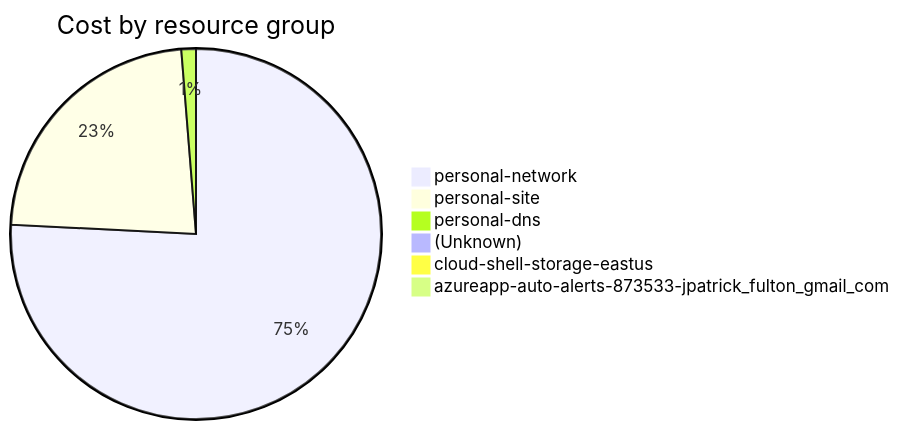
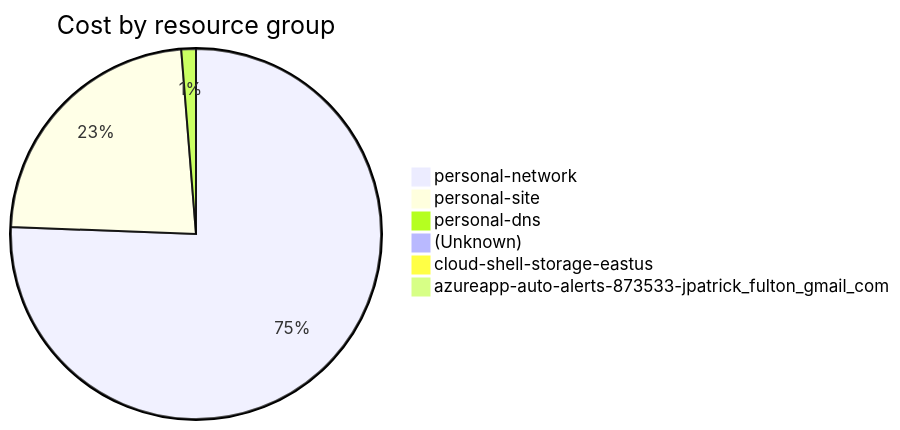
One commit to jpfulton/azure-personal-reports changed the fourth of 4 diagrams in cost-reports/accumulated-cost.md. Above: the diagram before and after it, drawn with Mermaid. The commit also changed other lines of this file and 4 other files, not shown here.

````diff
--- a/cost-reports/accumulated-cost.md
+++ b/cost-reports/accumulated-cost.md
@@ -156,10 +156,10 @@
 ```mermaid
 pie
    title Cost by resource group
-   "personal-network" : 42.98
-   "personal-site" : 13.00
-   "personal-dns" : 0.72
-   "(Unknown)" : 0.53
-   "cloud-shell-storage-eastus" : 0.23
+   "personal-network" : 44.52
+   "personal-site" : 13.62
+   "personal-dns" : 0.75
+   "(Unknown)" : 0.54
+   "cloud-shell-storage-eastus" : 0.24
    "azureapp-auto-alerts-873533-jpatrick_fulton_gmail_com" : 0.00
 ```
````
